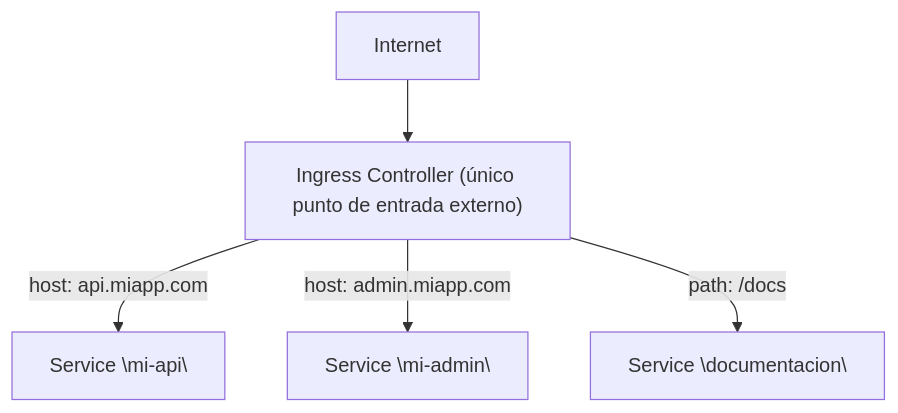
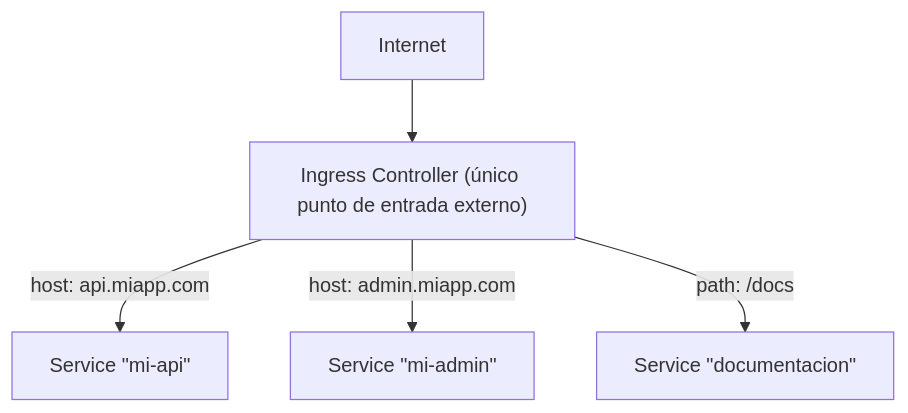
The second of 6 diagrams in web/public/content/devops/modulo-7.md (NICORUIZ93/Academia_Floci), drawn with Mermaid before and after one commit. The commit also changed 5 other files, not shown here.

````diff
--- a/web/public/content/devops/modulo-7.md
+++ b/web/public/content/devops/modulo-7.md
@@ -128,7 +128,7 @@
 ```mermaid
 flowchart TD
     I["Internet"] --> IC["Ingress Controller (único punto de entrada externo)"]
-    IC -->|"host: api.miapp.com"| S1["Service \"mi-api\""]
-    IC -->|"host: admin.miapp.com"| S2["Service \"mi-admin\""]
-    IC -->|"path: /docs"| S3["Service \"documentacion\""]
+    IC -->|"host: api.miapp.com"| S1["Service &quot;mi-api&quot;"]
+    IC -->|"host: admin.miapp.com"| S2["Service &quot;mi-admin&quot;"]
+    IC -->|"path: /docs"| S3["Service &quot;documentacion&quot;"]
 ```
````
